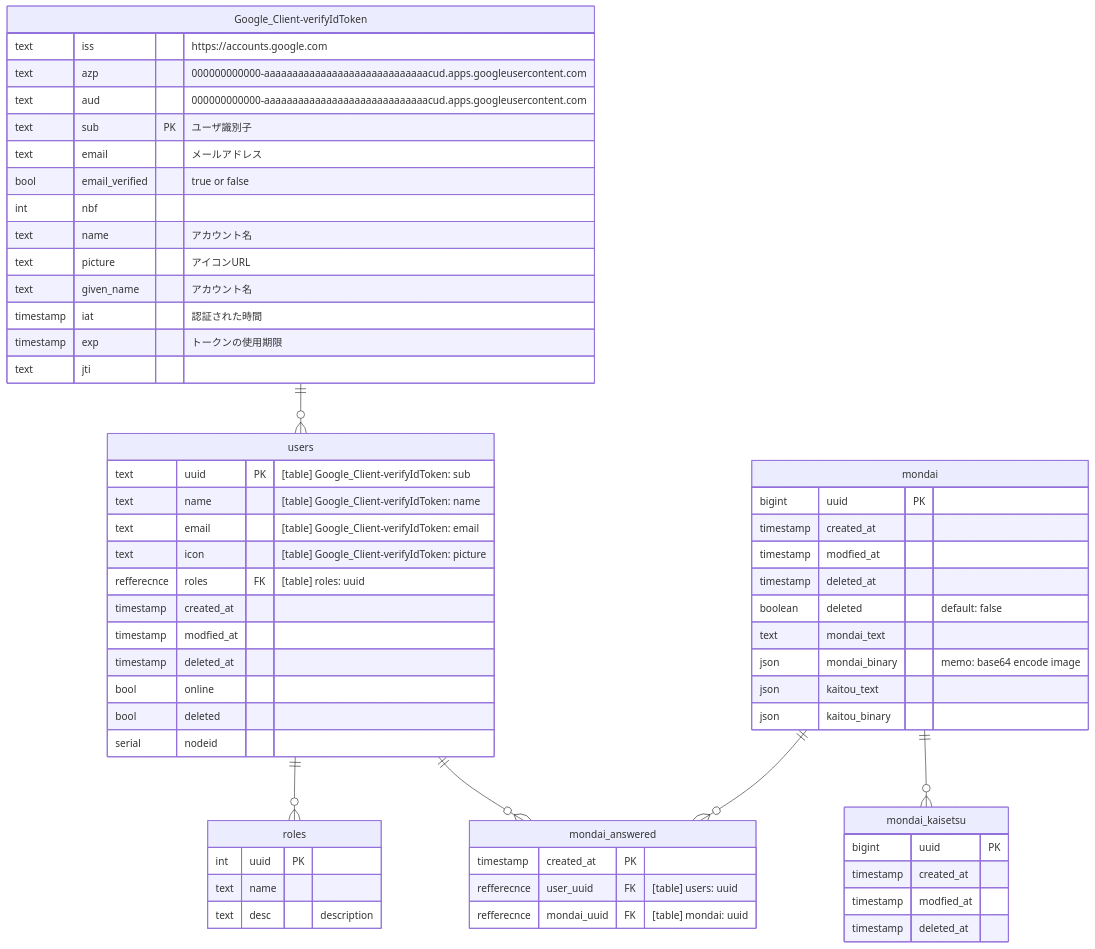
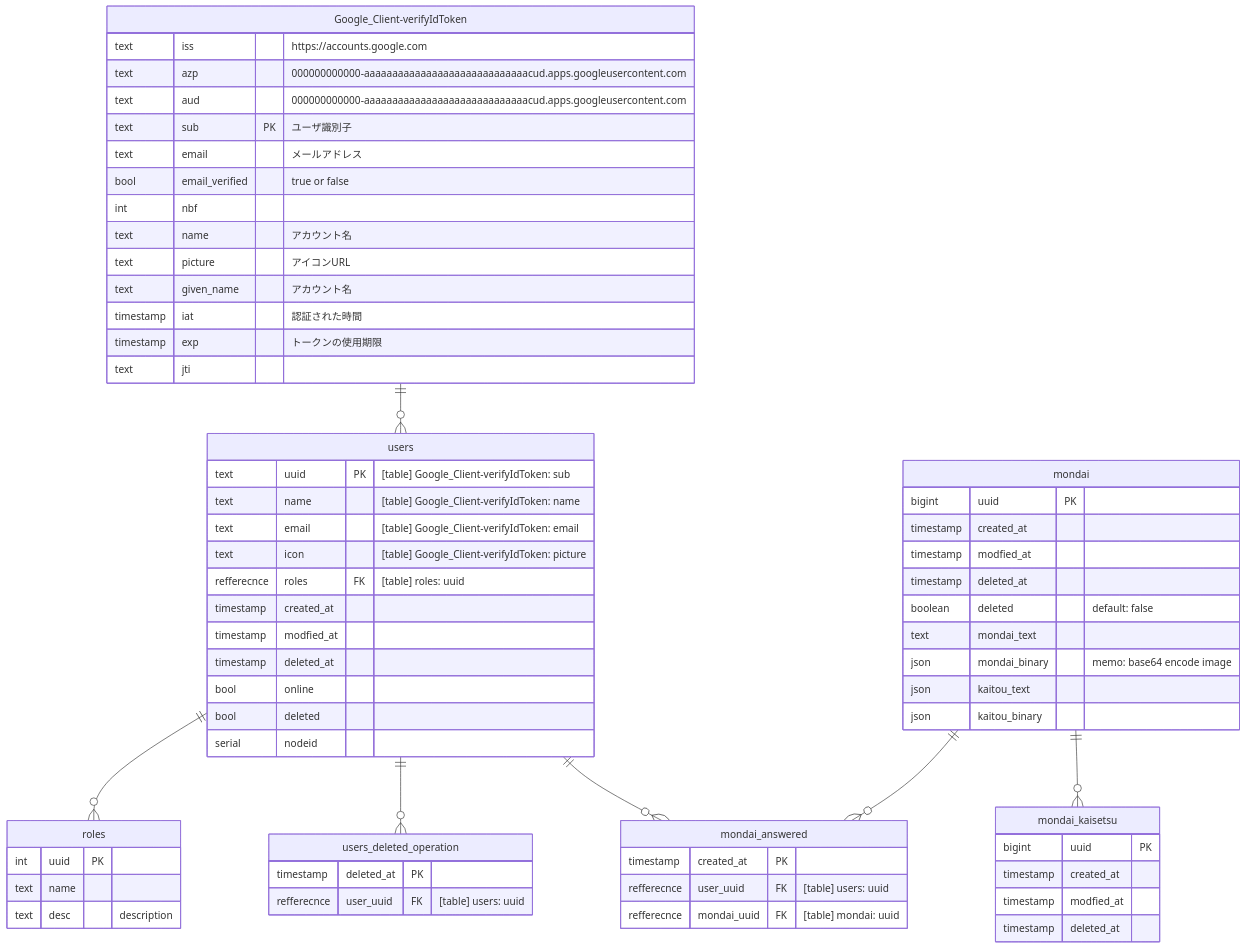
The diagram in README.md (n138-kz/denkou-kakomon-dotcom), drawn with Mermaid before and after one commit.

````diff
--- a/README.md
+++ b/README.md
@@ -26,69 +26,75 @@
 ```mermaid
 erDiagram
 Google_Client-verifyIdToken ||--o{ users: ""
 users ||--o{ roles: "" 
+users ||--o{ users_deleted_operation: "" 
 mondai ||--o{ mondai_answered: "" 
 users ||--o{ mondai_answered: "" 
 mondai ||--o{ mondai_kaisetsu: "" 
 
 Google_Client-verifyIdToken {
     text iss "https://accounts.google.com"
     text azp "000000000000-aaaaaaaaaaaaaaaaaaaaaaaaaaaaacud.apps.googleusercontent.com"
     text aud "000000000000-aaaaaaaaaaaaaaaaaaaaaaaaaaaaacud.apps.googleusercontent.com"
     text sub PK "ユーザ識別子"
     text email "メールアドレス"
     bool email_verified "true or false"
     int nbf
     text name "アカウント名"
     text picture "アイコンURL"
     text given_name "アカウント名"
     timestamp iat "認証された時間"
     timestamp exp "トークンの使用期限"
     text jti
 }
 
 users {
     text uuid PK "[table] Google_Client-verifyIdToken: sub"
     text name "[table] Google_Client-verifyIdToken: name"
     text email "[table] Google_Client-verifyIdToken: email"
     text icon "[table] Google_Client-verifyIdToken: picture"
     refferecnce roles FK "[table] roles: uuid"
     timestamp created_at
     timestamp modfied_at
     timestamp deleted_at
     bool online
     bool deleted 
     serial nodeid
 }
 
 roles {
     int uuid PK
     text name
     text desc "description"
 }
 
+users_deleted_operation {
+    timestamp deleted_at PK
+    refferecnce user_uuid FK "[table] users: uuid"
+}
+
 mondai {
     bigint uuid PK
     timestamp created_at
     timestamp modfied_at
     timestamp deleted_at
     boolean deleted "default: false"
     text mondai_text
     json mondai_binary "memo: base64 encode image"
     json kaitou_text
     json kaitou_binary
 }
 
 mondai_answered {
     timestamp created_at PK
     refferecnce user_uuid FK "[table] users: uuid"
     refferecnce mondai_uuid FK "[table] mondai: uuid"
 }
 
 mondai_kaisetsu {
     bigint uuid PK
     timestamp created_at
     timestamp modfied_at
     timestamp deleted_at
 }
 ```
````
